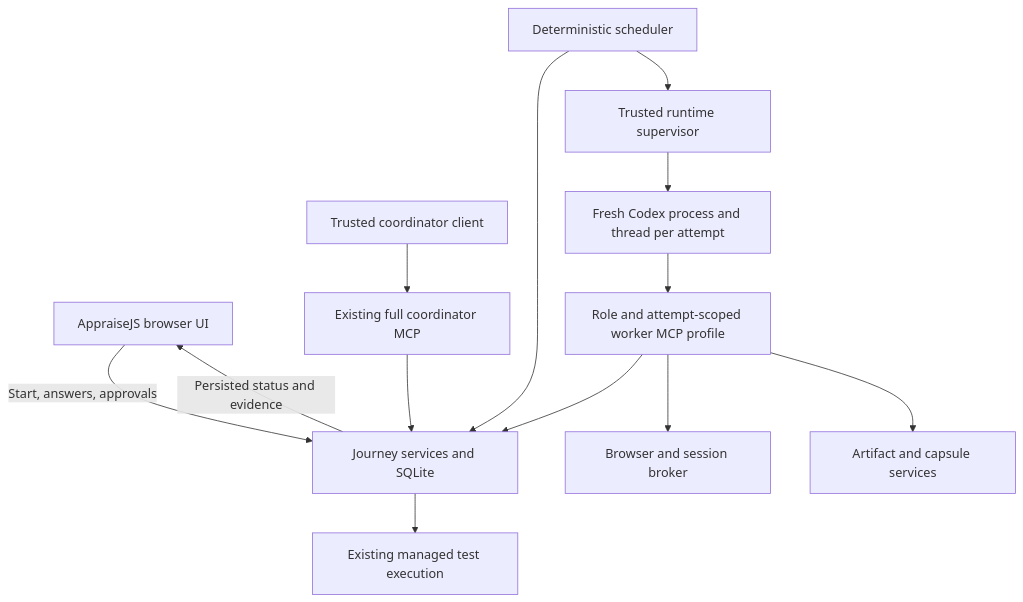
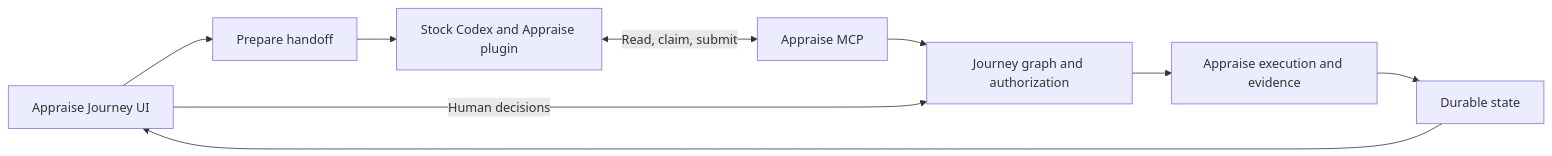
Before and after one commit to jamil2018/appraisejs-core: the diagram in codex/development plan/appraise-0.5/product direction/managed-quality-journey-coordinator/PLAN.md, drawn with Mermaid. The commit also changed other lines of this file and 2 other files, not shown here.

First line of the commit message:
docs: verify C2.1 claim and submission contracts

````diff
--- a/codex/development plan/appraise-0.5/product direction/managed-quality-journey-coordinator/PLAN.md
+++ b/codex/development plan/appraise-0.5/product direction/managed-quality-journey-coordinator/PLAN.md
@@ -140,15 +96,11 @@
 ```mermaid
-flowchart TD
-    UI[AppraiseJS browser UI] -->|Start, answers, approvals| Domain[Journey services and SQLite]
-    Scheduler[Deterministic scheduler] --> Domain
-    Trusted[Trusted coordinator client] --> FullMCP[Existing full coordinator MCP]
-    FullMCP --> Domain
-    Scheduler --> Supervisor[Trusted runtime supervisor]
-    Supervisor --> Codex[Fresh Codex process and thread per attempt]
-    Codex --> Gateway[Role and attempt-scoped worker MCP profile]
-    Gateway --> Domain
-    Gateway --> Browser[Browser and session broker]
-    Gateway --> Artifacts[Artifact and capsule services]
-    Domain --> Execution[Existing managed test execution]
-    Domain -->|Persisted status and evidence| UI
+flowchart LR
+    UI[Appraise Journey UI] --> H[Prepare handoff]
+    H --> C[Stock Codex and Appraise plugin]
+    C <-->|Read, claim, submit| M[Appraise MCP]
+    M --> G[Journey graph and authorization]
+    G --> E[Appraise execution and evidence]
+    E --> S[Durable state]
+    S --> UI
+    UI -->|Human decisions| G
 ```
````
